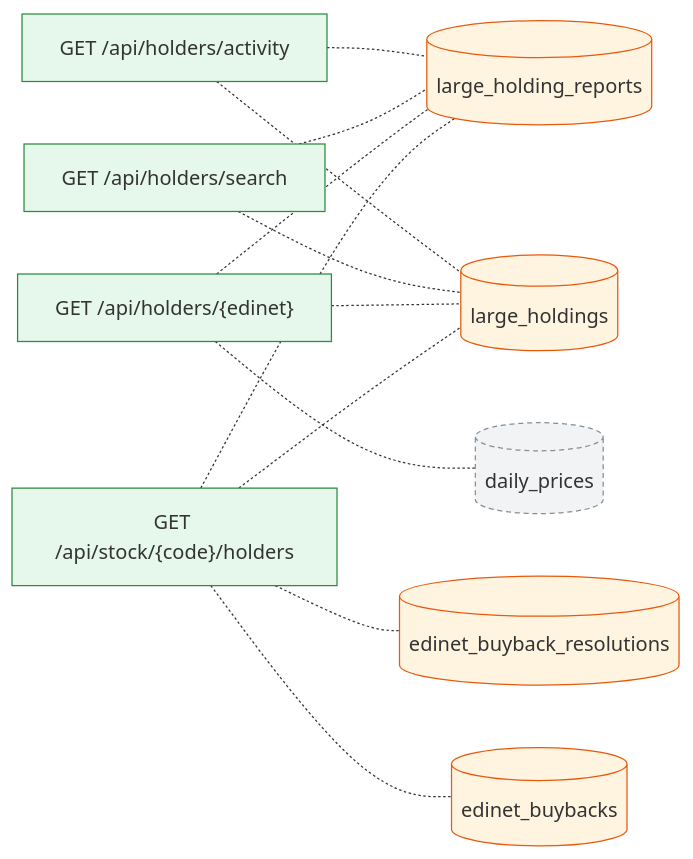
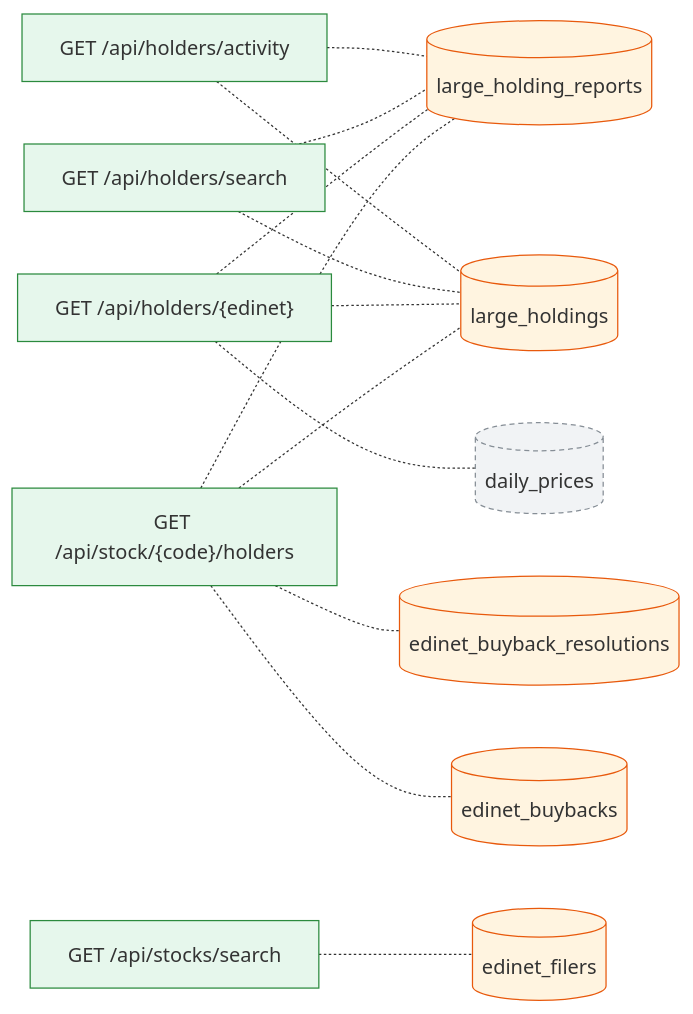
Before and after one commit to pekumirui/stock-analyzer: the second of 2 diagrams in docs/dataflow/edinet.md, drawn with Mermaid. The commit also changed other lines of this file and 18 other files, not shown here.

````diff
--- a/docs/dataflow/edinet.md
+++ b/docs/dataflow/edinet.md
@@ -112,27 +112,30 @@
 ```mermaid
 flowchart LR
   n0["GET /api/holders/activity"]:::api
   n1["GET /api/holders/search"]:::api
   n2["GET /api/holders/{edinet}"]:::api
   n3["GET /api/stock/{code}/holders"]:::api
-  n4[("daily_prices")]:::ext
-  n5[("edinet_buyback_resolutions")]:::tbl
-  n6[("edinet_buybacks")]:::tbl
-  n7[("large_holding_reports")]:::tbl
-  n8[("large_holdings")]:::tbl
-  n0 -.- n7
-  n0 -.- n8
-  n1 -.- n7
-  n1 -.- n8
-  n2 -.- n4
-  n2 -.- n7
-  n2 -.- n8
-  n3 -.- n5
+  n4["GET /api/stocks/search"]:::api
+  n5[("daily_prices")]:::ext
+  n6[("edinet_buyback_resolutions")]:::tbl
+  n7[("edinet_buybacks")]:::tbl
+  n8[("edinet_filers")]:::tbl
+  n9[("large_holding_reports")]:::tbl
+  n10[("large_holdings")]:::tbl
+  n0 -.- n9
+  n0 -.- n10
+  n1 -.- n9
+  n1 -.- n10
+  n2 -.- n5
+  n2 -.- n9
+  n2 -.- n10
   n3 -.- n6
   n3 -.- n7
-  n3 -.- n8
+  n3 -.- n9
+  n3 -.- n10
+  n4 -.- n8
   classDef job fill:#e3ecff,stroke:#3b5bdb
   classDef api fill:#e6f7ec,stroke:#2b8a3e
   classDef tbl fill:#fff4e0,stroke:#e8590c
   classDef ext fill:#f1f3f5,stroke:#868e96,stroke-dasharray:4 3
 ```
````
